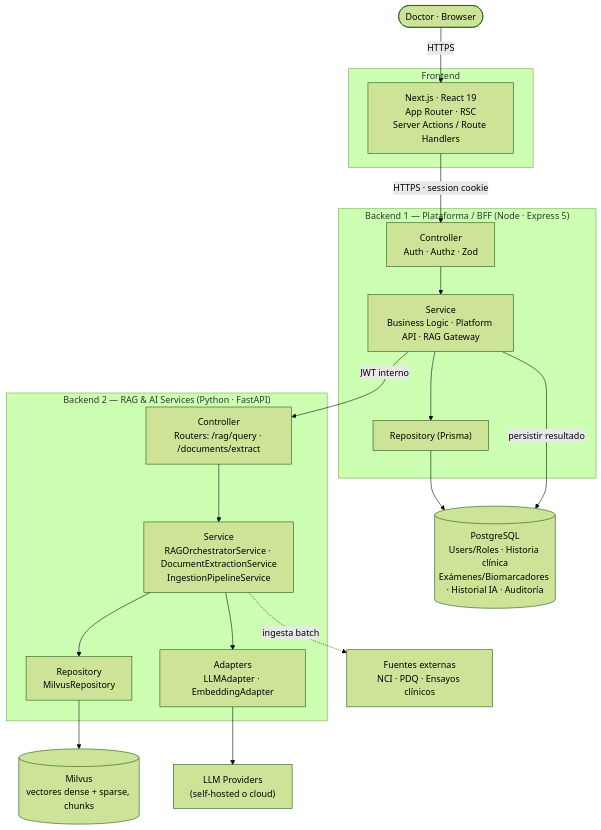
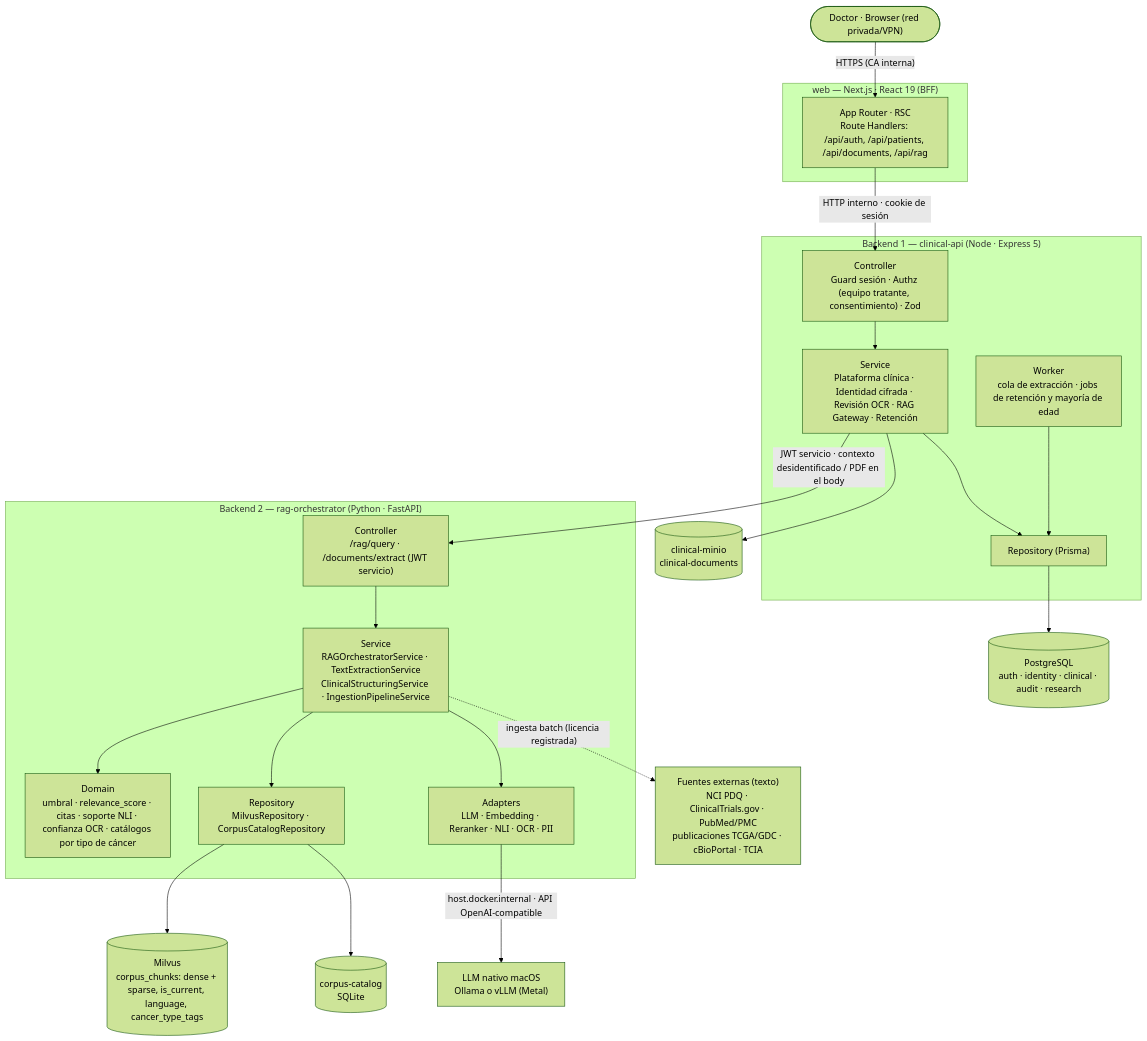
One commit to hatrickmario/OncoLens-Lab changed the first of 7 diagrams in readme.md. Above: the diagram before and after it, drawn with Mermaid (forest theme). The commit also changed other lines of this file and 1 other file, not shown here.

````diff
--- a/readme.md
+++ b/readme.md
@@ -137,40 +157,47 @@
 ```mermaid
 flowchart TD
-    Doctor(["Doctor · Browser"])
+    Doctor(["Doctor · Browser (red privada/VPN)"])
 
-    subgraph FE["Frontend"]
-        Next["Next.js · React 19<br/>App Router · RSC<br/>Server Actions / Route Handlers"]
+    subgraph FE["web — Next.js · React 19 (BFF)"]
+        Next["App Router · RSC<br/>Route Handlers: /api/auth, /api/patients, /api/documents, /api/rag"]
     end
 
-    subgraph BE1["Backend 1 — Plataforma / BFF (Node · Express 5)"]
-        C1["Controller<br/>Auth · Authz · Zod"]
-        S1["Service<br/>Business Logic · Platform API · RAG Gateway"]
+    subgraph BE1["Backend 1 — clinical-api (Node · Express 5)"]
+        C1["Controller<br/>Guard sesión · Authz (equipo tratante, consentimiento) · Zod"]
+        S1["Service<br/>Plataforma clínica · Identidad cifrada · Revisión OCR · RAG Gateway · Retención"]
+        W1["Worker<br/>cola de extracción · jobs de retención y mayoría de edad"]
         R1["Repository (Prisma)"]
         C1 --> S1 --> R1
+        W1 --> R1
     end
 
-    PG[("PostgreSQL<br/>Users/Roles · Historia clínica<br/>Exámenes/Biomarcadores · Historial IA · Auditoría")]
+    PG[("PostgreSQL<br/>auth · identity · clinical · audit · research")]
+    CM[("clinical-minio<br/>clinical-documents")]
 
-    subgraph BE2["Backend 2 — RAG & AI Services (Python · FastAPI)"]
-        C2["Controller<br/>Routers: /rag/query · /documents/extract"]
-        S2["Service<br/>RAGOrchestratorService · DocumentExtractionService<br/>IngestionPipelineService"]
-        R2["Repository<br/>MilvusRepository"]
-        A2["Adapters<br/>LLMAdapter · EmbeddingAdapter"]
+    subgraph BE2["Backend 2 — rag-orchestrator (Python · FastAPI)"]
+        C2["Controller<br/>/rag/query · /documents/extract (JWT servicio)"]
+        S2["Service<br/>RAGOrchestratorService · TextExtractionService<br/>ClinicalStructuringService · IngestionPipelineService"]
+        D2["Domain<br/>umbral · relevance_score · citas · soporte NLI · confianza OCR · catálogos por tipo de cáncer"]
+        R2["Repository<br/>MilvusRepository · CorpusCatalogRepository"]
+        A2["Adapters<br/>LLM · Embedding · Reranker · NLI · OCR · PII"]
         C2 --> S2
+        S2 --> D2
         S2 --> R2
         S2 --> A2
     end
 
-    Milvus[("Milvus<br/>vectores dense + sparse, chunks")]
-    LLMP["LLM Providers<br/>(self-hosted o cloud)"]
-    Ext["Fuentes externas<br/>NCI · PDQ · Ensayos clínicos"]
+    Milvus[("Milvus<br/>corpus_chunks: dense + sparse, is_current, language, cancer_type_tags")]
+    CAT[("corpus-catalog<br/>SQLite")]
+    LLM["LLM nativo macOS<br/>Ollama o vLLM (Metal)"]
+    Ext["Fuentes externas (texto)<br/>NCI PDQ · ClinicalTrials.gov · PubMed/PMC<br/>publicaciones TCGA/GDC · cBioPortal · TCIA"]
 
-    Doctor -- HTTPS --> Next
-    Next -- "HTTPS · session cookie" --> C1
+    Doctor -- "HTTPS (CA interna)" --> Next
+    Next -- "HTTP interno · cookie de sesión" --> C1
     R1 --> PG
-    S1 -- "JWT interno" --> C2
+    S1 --> CM
+    S1 -- "JWT servicio · contexto desidentificado / PDF en el body" --> C2
     R2 --> Milvus
-    A2 --> LLMP
-    S2 -. ingesta batch .-> Ext
-    S1 -- "persistir resultado" --> PG
+    R2 --> CAT
+    A2 -- "host.docker.internal · API OpenAI-compatible" --> LLM
+    S2 -. "ingesta batch (licencia registrada)" .-> Ext
 ```
````
